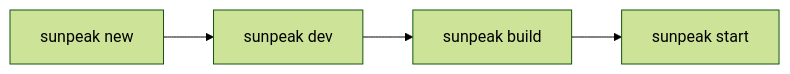
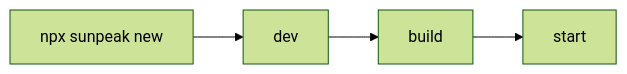
Before and after one commit to Sunpeak-AI/sunpeak: the diagram in docs/app-framework/lifecycle.mdx, drawn with Mermaid (forest theme). The commit also changed other lines of this file and 33 other files, not shown here.

````diff
--- a/docs/app-framework/lifecycle.mdx
+++ b/docs/app-framework/lifecycle.mdx
@@ -13,6 +13,6 @@
 ```mermaid
 flowchart LR
-    A[sunpeak new] --> B[sunpeak dev]
-    B --> C[sunpeak build]
-    C --> D[sunpeak start]
+    A[npx sunpeak new] --> B[dev]
+    B --> C[build]
+    C --> D[start]
 ```
````
